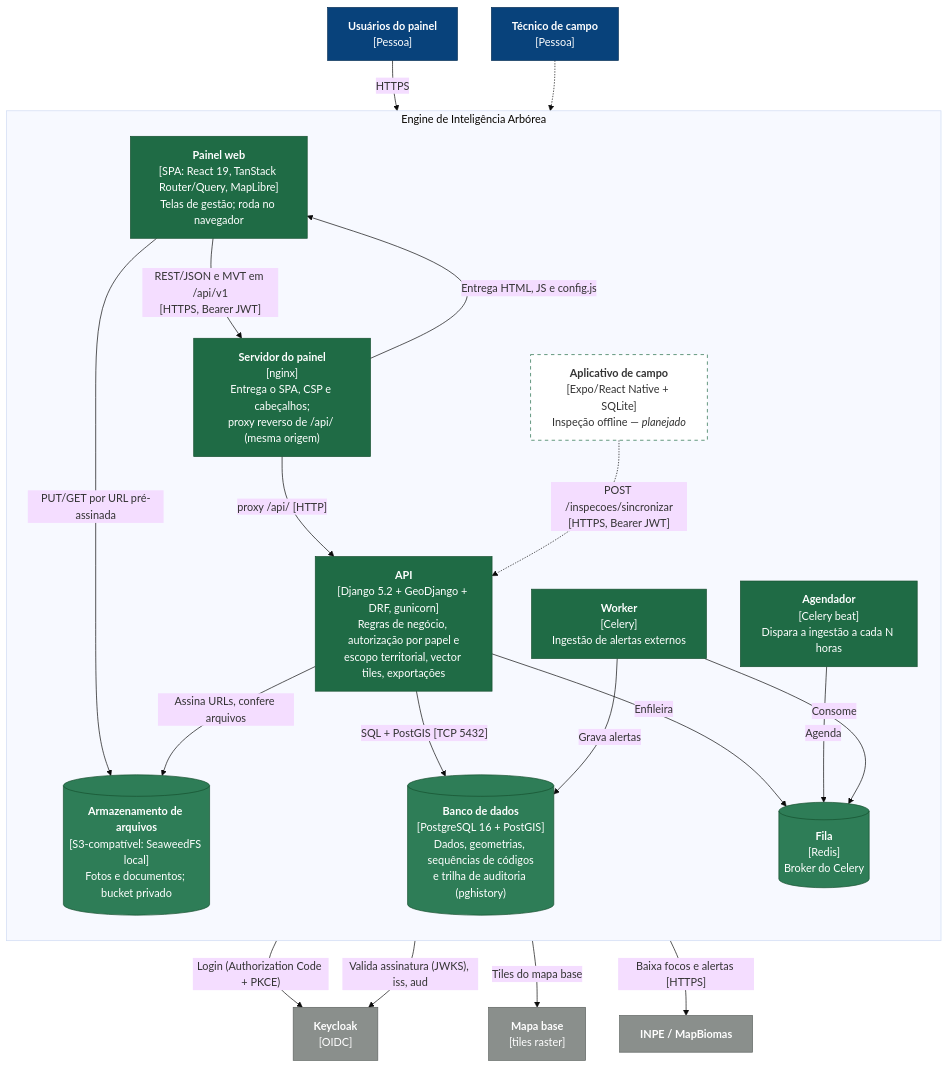
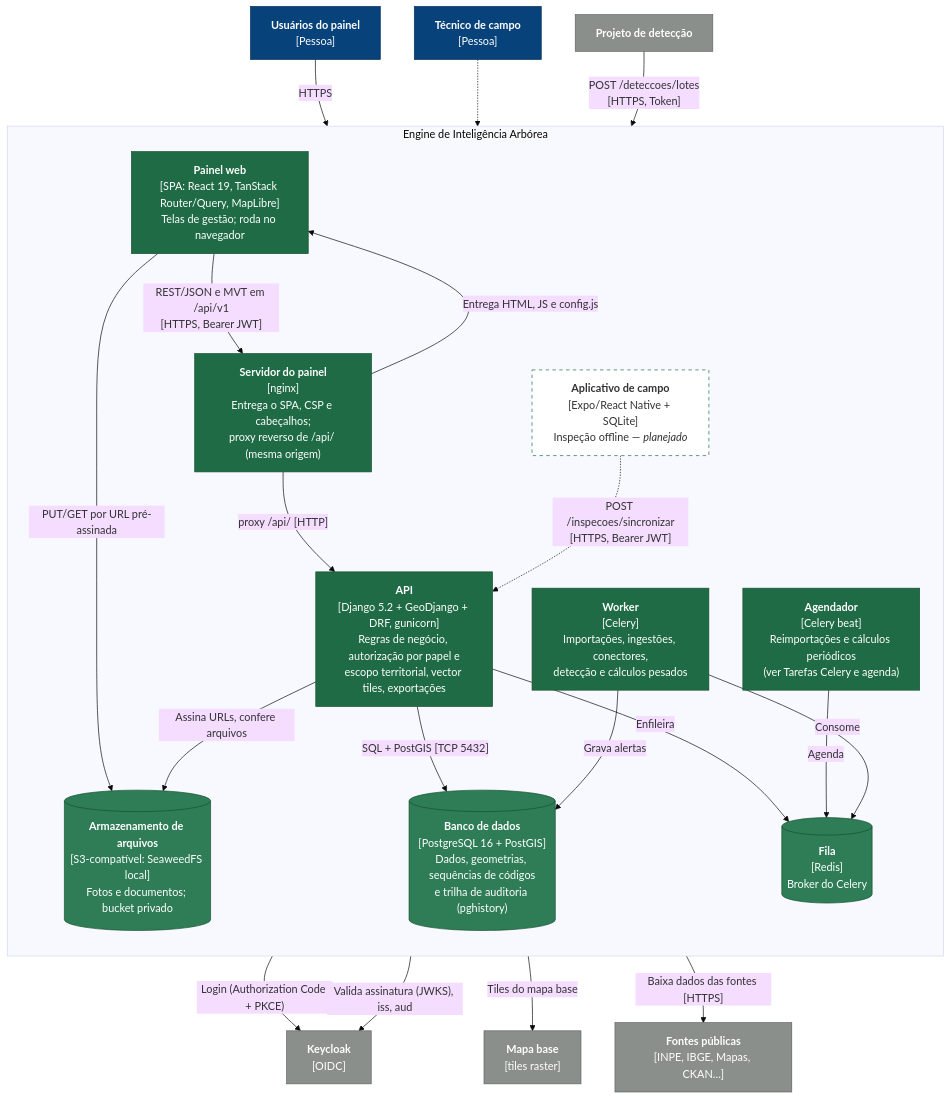
The second of 13 diagrams in docs/arquitetura/README.md (RaulMedeiros/itree), drawn with Mermaid (base theme) before and after one commit. The commit also changed other lines of this file and 26 other files, not shown here.

````diff
--- a/docs/arquitetura/README.md
+++ b/docs/arquitetura/README.md
@@ -74,46 +85,48 @@
 ```mermaid
 flowchart TB
     classDef pessoa fill:#08427b,stroke:#052e56,color:#fff
     classDef conteiner fill:#1f6b45,stroke:#16502f,color:#fff
     classDef dado fill:#2e7d57,stroke:#16502f,color:#fff
     classDef externo fill:#8a8f8c,stroke:#5f6461,color:#fff
     classDef planejado fill:#fff,stroke:#1f6b45,color:#333,stroke-dasharray:5 5
 
     usuario["<b>Usuários do painel</b><br/>[Pessoa]"]:::pessoa
     campo["<b>Técnico de campo</b><br/>[Pessoa]"]:::pessoa
 
     subgraph sistema["Engine de Inteligência Arbórea"]
         direction TB
         spa["<b>Painel web</b><br/>[SPA: React 19, TanStack Router/Query, MapLibre]<br/>Telas de gestão; roda no navegador"]:::conteiner
         nginx["<b>Servidor do painel</b><br/>[nginx]<br/>Entrega o SPA, CSP e cabeçalhos;<br/>proxy reverso de /api/ (mesma origem)"]:::conteiner
         app["<b>Aplicativo de campo</b><br/>[Expo/React Native + SQLite]<br/>Inspeção offline — <i>planejado</i>"]:::planejado
         api["<b>API</b><br/>[Django 5.2 + GeoDjango + DRF, gunicorn]<br/>Regras de negócio, autorização por papel e<br/>escopo territorial, vector tiles, exportações"]:::conteiner
-        worker["<b>Worker</b><br/>[Celery]<br/>Ingestão de alertas externos"]:::conteiner
-        beat["<b>Agendador</b><br/>[Celery beat]<br/>Dispara a ingestão a cada N horas"]:::conteiner
+        worker["<b>Worker</b><br/>[Celery]<br/>Importações, ingestões, conectores,<br/>detecção e cálculos pesados"]:::conteiner
+        beat["<b>Agendador</b><br/>[Celery beat]<br/>Reimportações e cálculos periódicos<br/>(ver Tarefas Celery e agenda)"]:::conteiner
         db[("<b>Banco de dados</b><br/>[PostgreSQL 16 + PostGIS]<br/>Dados, geometrias, sequências de códigos<br/>e trilha de auditoria (pghistory)")]:::dado
         redis[("<b>Fila</b><br/>[Redis]<br/>Broker do Celery")]:::dado
         s3[("<b>Armazenamento de arquivos</b><br/>[S3-compatível: SeaweedFS local]<br/>Fotos e documentos; bucket privado")]:::dado
     end
 
     idp["<b>Keycloak</b><br/>[OIDC]"]:::externo
-    inpe["<b>INPE / MapBiomas</b>"]:::externo
+    inpe["<b>Fontes públicas</b><br/>[INPE, IBGE, Mapas, CKAN…]"]:::externo
+    detector["<b>Projeto de detecção</b>"]:::externo
     tiles["<b>Mapa base</b><br/>[tiles raster]"]:::externo
 
     usuario -- "HTTPS" --> nginx
     nginx -- "Entrega HTML, JS e config.js" --> spa
     spa -- "REST/JSON e MVT em /api/v1<br/>[HTTPS, Bearer JWT]" --> nginx
     nginx -- "proxy /api/ [HTTP]" --> api
     spa -- "Login (Authorization Code + PKCE)" --> idp
     spa -- "PUT/GET por URL pré-assinada" --> s3
     spa -- "Tiles do mapa base" --> tiles
     campo -.-> app
     app -. "POST /inspecoes/sincronizar<br/>[HTTPS, Bearer JWT]" .-> api
+    detector -- "POST /deteccoes/lotes<br/>[HTTPS, Token]" --> nginx
     api -- "Valida assinatura (JWKS), iss, aud" --> idp
     api -- "SQL + PostGIS [TCP 5432]" --> db
     api -- "Assina URLs, confere arquivos" --> s3
     api -- "Enfileira" --> redis
     beat -- "Agenda" --> redis
     worker -- "Consome" --> redis
     worker -- "Grava alertas" --> db
-    worker -- "Baixa focos e alertas [HTTPS]" --> inpe
+    worker -- "Baixa dados das fontes [HTTPS]" --> inpe
 ```
````
